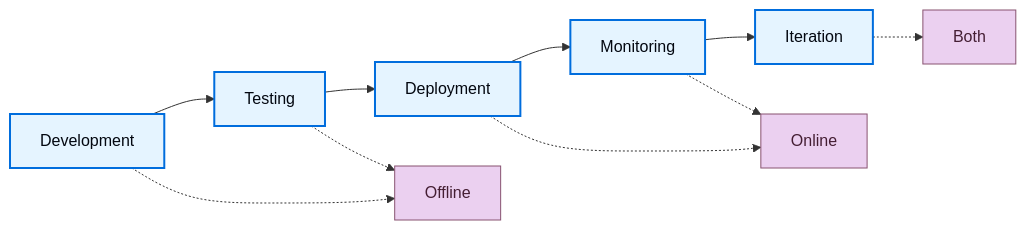
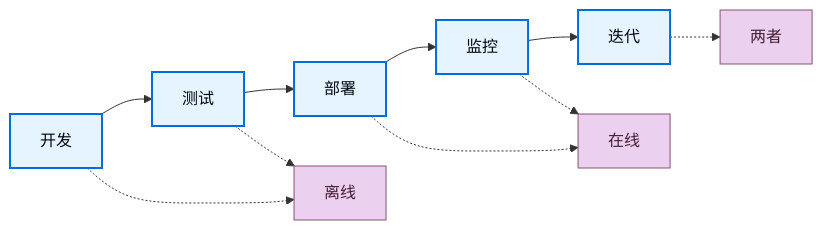
Before and after one commit to kunfan96/cndocs-langchain: the diagram in langsmith/evaluation-concepts.mdx, drawn with Mermaid. The commit also changed other lines of this file and 2498 other files, not shown here.

````diff
--- a/langsmith/evaluation-concepts.mdx
+++ b/langsmith/evaluation-concepts.mdx
@@ -48,21 +48,21 @@
 ```mermaid
 graph LR
-    A[Development] --> B[Testing]
-    B --> C[Deployment]
-    C --> D[Monitoring]
-    D --> E[Iteration]
+    A[开发] --> B[测试]
+    B --> C[部署]
+    C --> D[监控]
+    D --> E[迭代]
 
-    A -.-> F[Offline]
+    A -.-> F[离线]
     B -.-> F
-    C -.-> G[Online]
+    C -.-> G[在线]
     D -.-> G
-    E -.-> H[Both]
+    E -.-> H[两者]
 
     classDef process fill:#E5F4FF,stroke:#006DDD,stroke-width:2px,color:#030710
 
     class A,B,C,D,E process
 
     style F fill:#EBD0F0,stroke:#885270,color:#441E33
     style G fill:#EBD0F0,stroke:#885270,color:#441E33
     style H fill:#EBD0F0,stroke:#885270,color:#441E33
 ```
````
